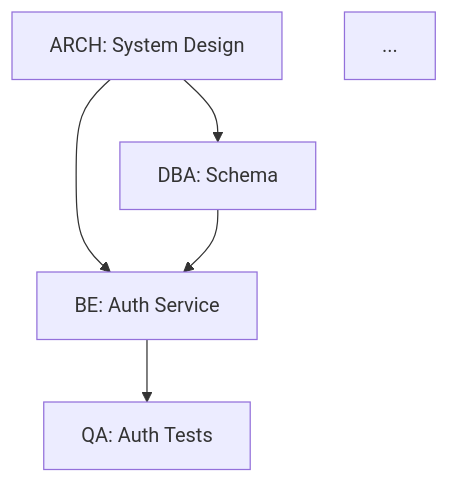
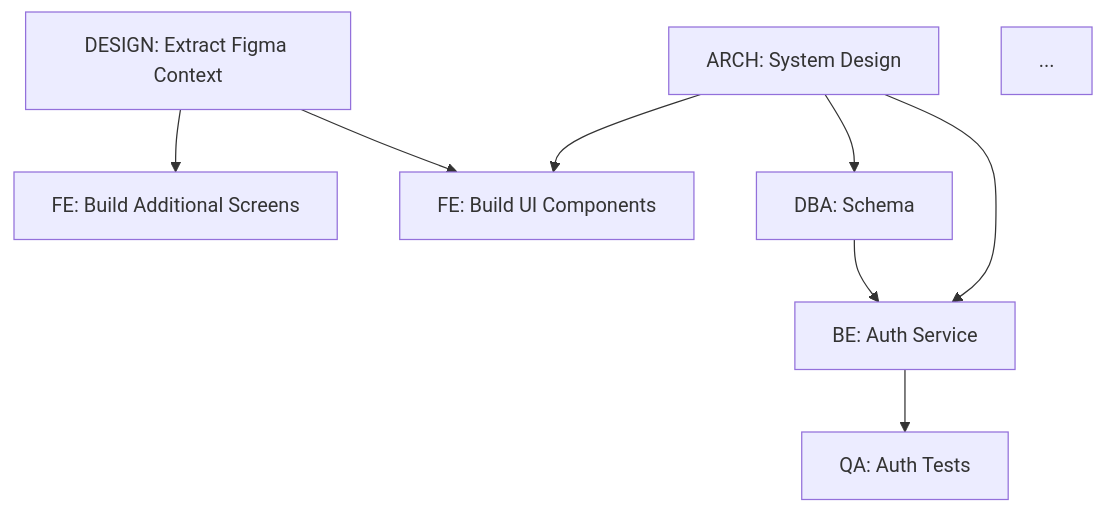
One commit to OmexIT/claude-skills-pack changed the diagram in skills/spec-to-impl/SKILL.md. Above: the diagram before and after it, drawn with Mermaid. The commit also changed other lines of this file and 58 other files, not shown here.

````diff
--- a/skills/spec-to-impl/SKILL.md
+++ b/skills/spec-to-impl/SKILL.md
@@ -290,8 +482,11 @@
 ```mermaid
 graph TD
+  TASK-000[DESIGN: Extract Figma Context] --> TASK-FE1[FE: Build UI Components]
+  TASK-000 --> TASK-FE2[FE: Build Additional Screens]
   TASK-001[ARCH: System Design] --> TASK-002[BE: Auth Service]
   TASK-001 --> TASK-003[DBA: Schema]
+  TASK-001 --> TASK-FE1
   TASK-002 --> TASK-005[QA: Auth Tests]
   TASK-003 --> TASK-002
   ...
 ```
````
